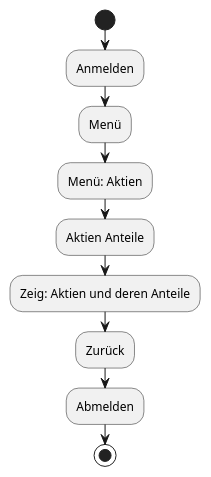
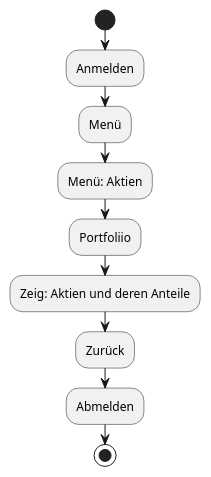
One commit to TimRoffel1337/Verwaltungssoftware_Team_1 changed the fourth of 4 diagrams in Docs/Pflichtenheft/Diagramm/AktivitätenDiagramm.iuml. Above: the diagram before and after it, drawn with PlantUML.

```diff
--- a/Docs/Pflichtenheft/Diagramm/AktivitätenDiagramm.iuml
+++ b/Docs/Pflichtenheft/Diagramm/AktivitätenDiagramm.iuml
@@ -46,11 +46,11 @@
 @startuml
 start
 :Anmelden;
 :Menü; 
 :Menü: Aktien;
-:Aktien Anteile;
+:Portfoliio;
 :Zeig: Aktien und deren Anteile; 
 :Zurück;
 :Abmelden;
 stop
 @enduml
```
